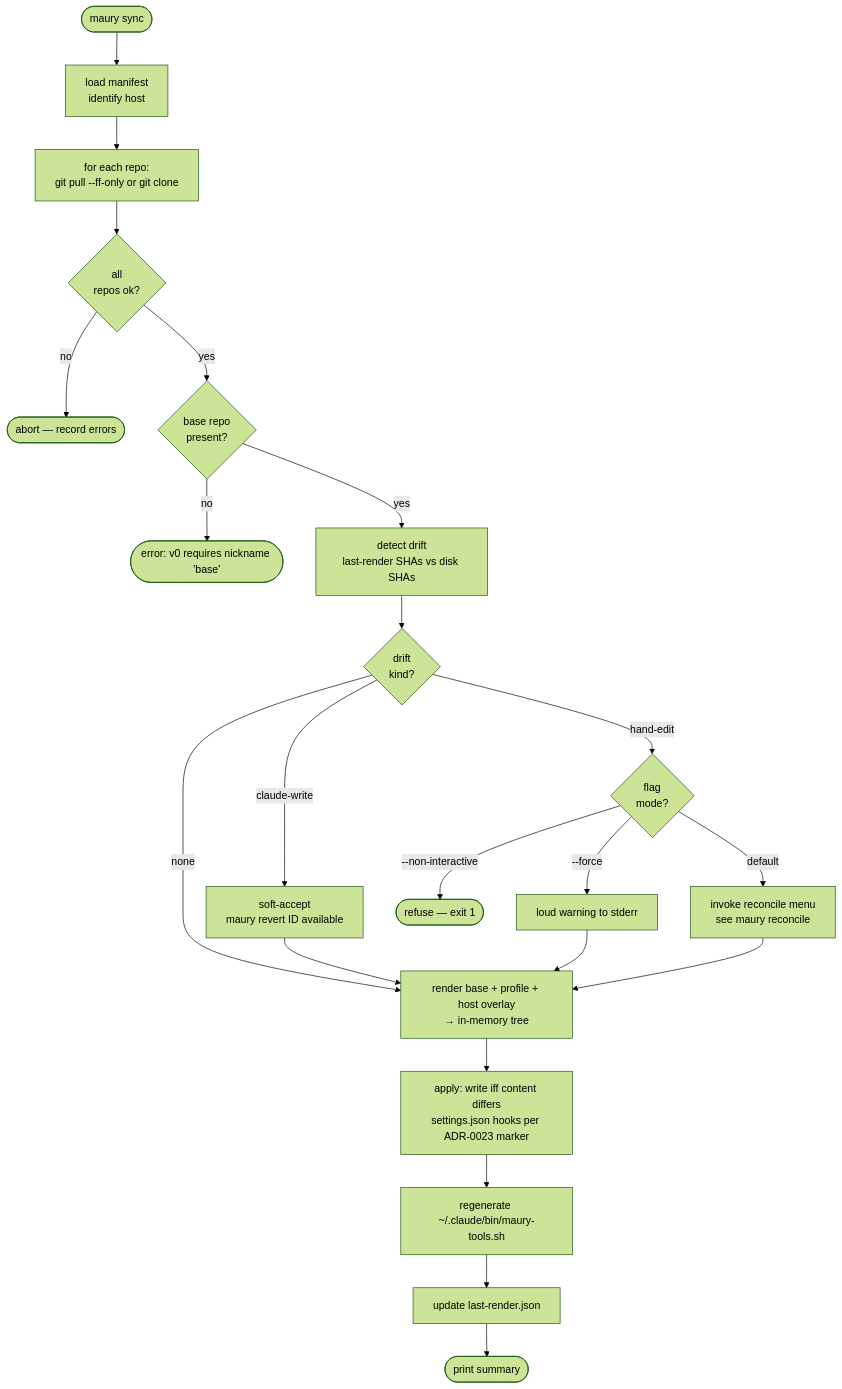
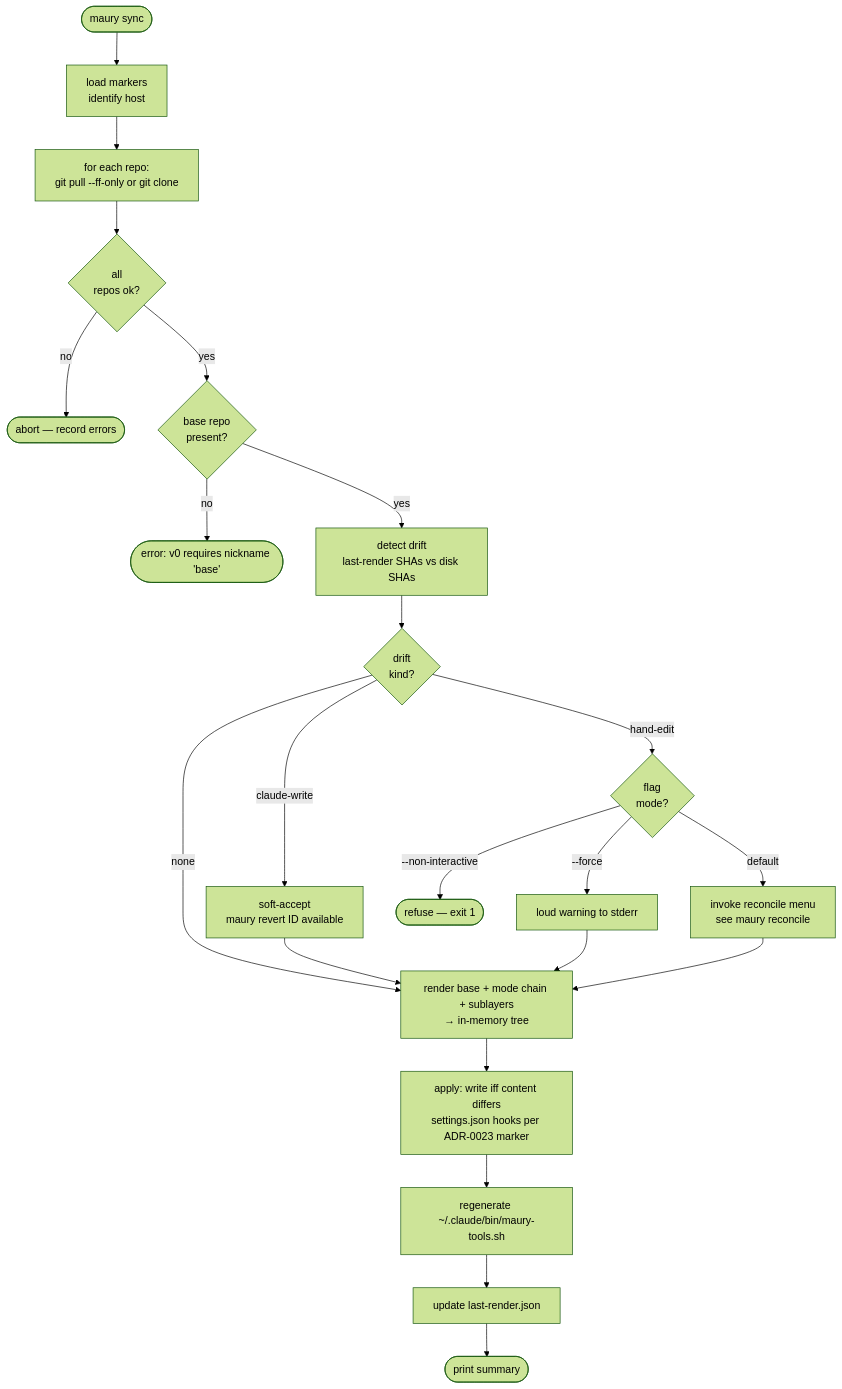
Before and after one commit to csmarshall/maury: the second of 8 diagrams in docs/operations.md, drawn with Mermaid (forest theme). The commit also changed other lines of this file and 21 other files, not shown here.

````diff
--- a/docs/operations.md
+++ b/docs/operations.md
@@ -63,24 +63,24 @@
 ```mermaid
 flowchart TD
-    Start([maury sync]) --> Load[load manifest<br/>identify host]
+    Start([maury sync]) --> Load[load markers<br/>identify host]
     Load --> ForRepos[for each repo:<br/>git pull --ff-only or git clone]
     ForRepos --> RepoOK{all<br/>repos ok?}
     RepoOK -->|no| FailRepo([abort — record errors])
     RepoOK -->|yes| HasBase{base repo<br/>present?}
     HasBase -->|no| FailBase([error: v0 requires nickname 'base'])
     HasBase -->|yes| Drift[detect drift<br/>last-render SHAs vs disk SHAs]
     Drift --> DriftKind{drift<br/>kind?}
     DriftKind -->|none| RenderStep
     DriftKind -->|claude-write| SoftAccept[soft-accept<br/>maury revert ID available]
     DriftKind -->|hand-edit| Mode{flag<br/>mode?}
     Mode -->|"--force"| WarnForce[loud warning to stderr]
     Mode -->|"--non-interactive"| FailNonInt([refuse — exit 1])
     Mode -->|default| Reconcile[invoke reconcile menu<br/>see maury reconcile]
     SoftAccept --> RenderStep
     WarnForce --> RenderStep
     Reconcile --> RenderStep
-    RenderStep[render base + profile + host overlay<br/>→ in-memory tree] --> Apply[apply: write iff content differs<br/>settings.json hooks per ADR-0023 marker]
+    RenderStep[render base + mode chain + sublayers<br/>→ in-memory tree] --> Apply[apply: write iff content differs<br/>settings.json hooks per ADR-0023 marker]
     Apply --> Tools[regenerate ~/.claude/bin/maury-tools.sh]
     Tools --> UpdateState[update last-render.json]
     UpdateState --> Summary([print summary])
 ```
````
